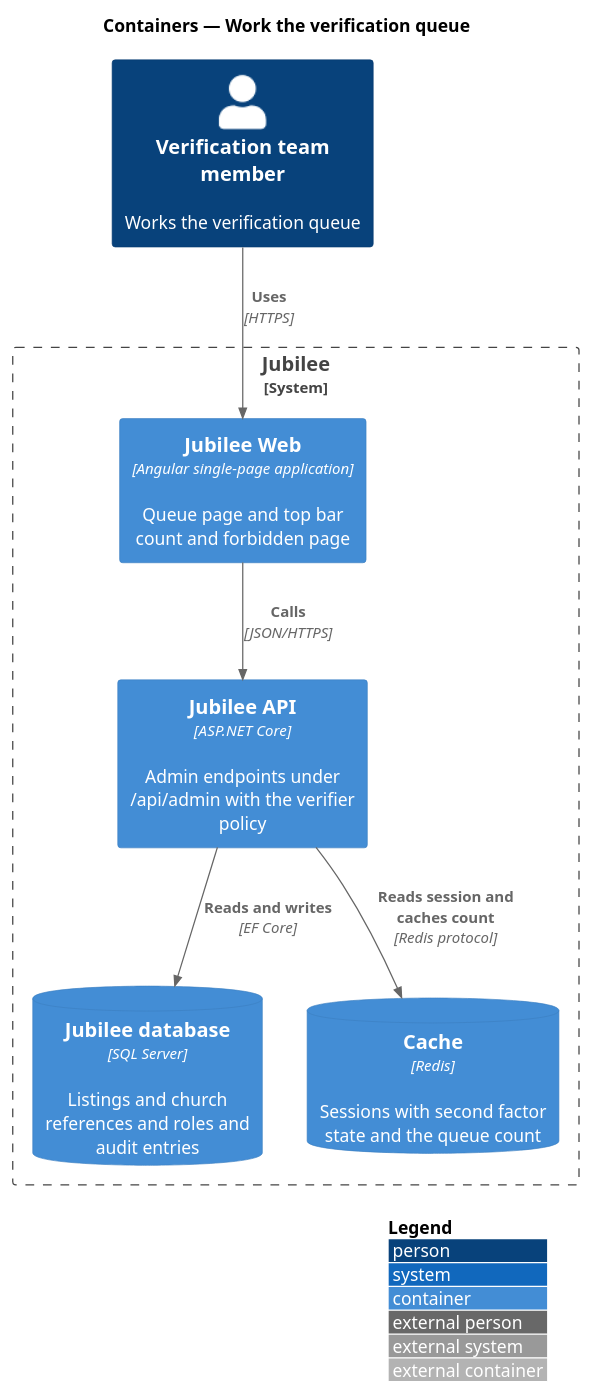
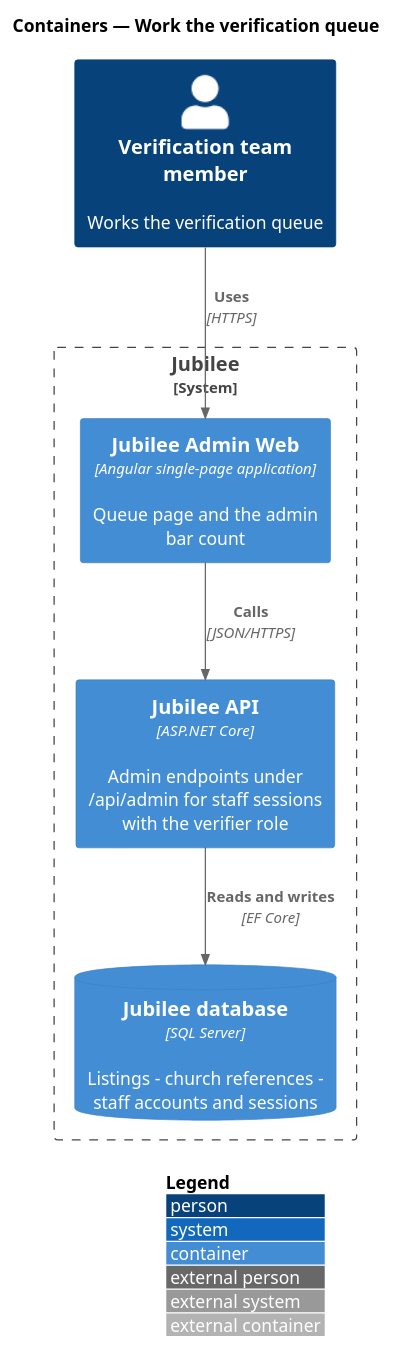
The diagram in docs/detailed-designs/verification/work-verification-queue/diagrams/c4-container.puml (QuinntyneBrown/jubilee), drawn with PlantUML before and after one commit. The commit also changed 84 other files, not shown here.

First line of the commit message:
Designs and ADR 0040: the admin application

```diff
--- a/docs/detailed-designs/verification/work-verification-queue/diagrams/c4-container.puml
+++ b/docs/detailed-designs/verification/work-verification-queue/diagrams/c4-container.puml
@@ -1,16 +1,14 @@
 @startuml
 !include <C4/C4_Container>
 LAYOUT_WITH_LEGEND()
 title Containers — Work the verification queue
 Person(verifier, "Verification team member", "Works the verification queue")
 System_Boundary(jubilee, "Jubilee") {
-  Container(web, "Jubilee Web", "Angular single-page application", "Queue page and top bar count and forbidden page")
-  Container(api, "Jubilee API", "ASP.NET Core", "Admin endpoints under /api/admin with the verifier policy")
-  ContainerDb(db, "Jubilee database", "SQL Server", "Listings and church references and roles and audit entries")
-  ContainerDb(cache, "Cache", "Redis", "Sessions with second factor state and the queue count")
+  Container(web, "Jubilee Admin Web", "Angular single-page application", "Queue page and the admin bar count")
+  Container(api, "Jubilee API", "ASP.NET Core", "Admin endpoints under /api/admin for staff sessions with the verifier role")
+  ContainerDb(db, "Jubilee database", "SQL Server", "Listings - church references - staff accounts and sessions")
 }
 Rel(verifier, web, "Uses", "HTTPS")
 Rel(web, api, "Calls", "JSON/HTTPS")
 Rel(api, db, "Reads and writes", "EF Core")
-Rel(api, cache, "Reads session and caches count", "Redis protocol")
 @enduml
```
